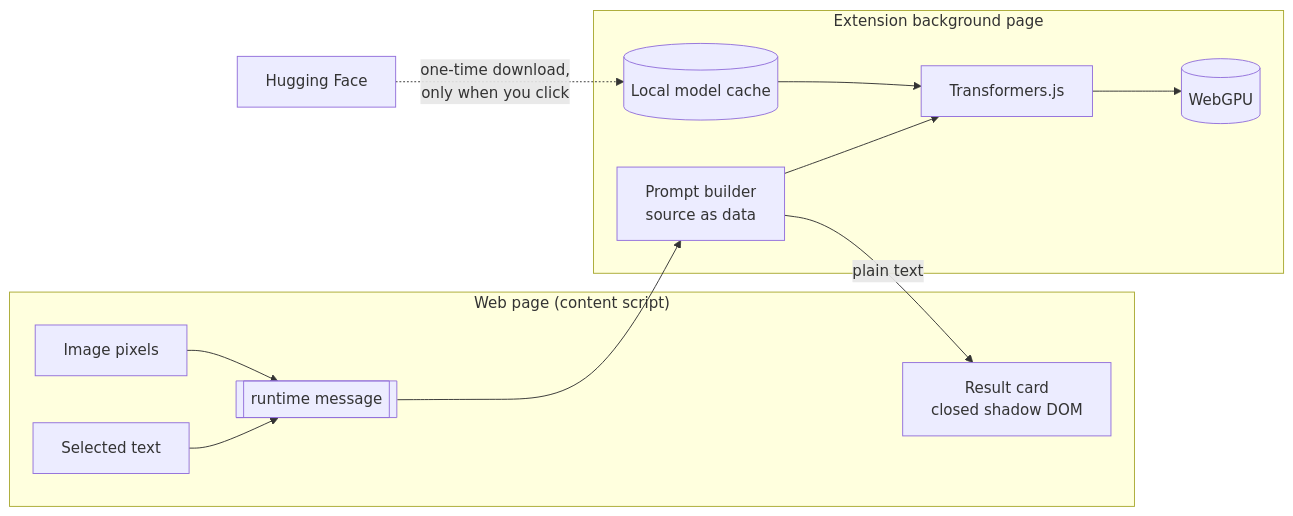
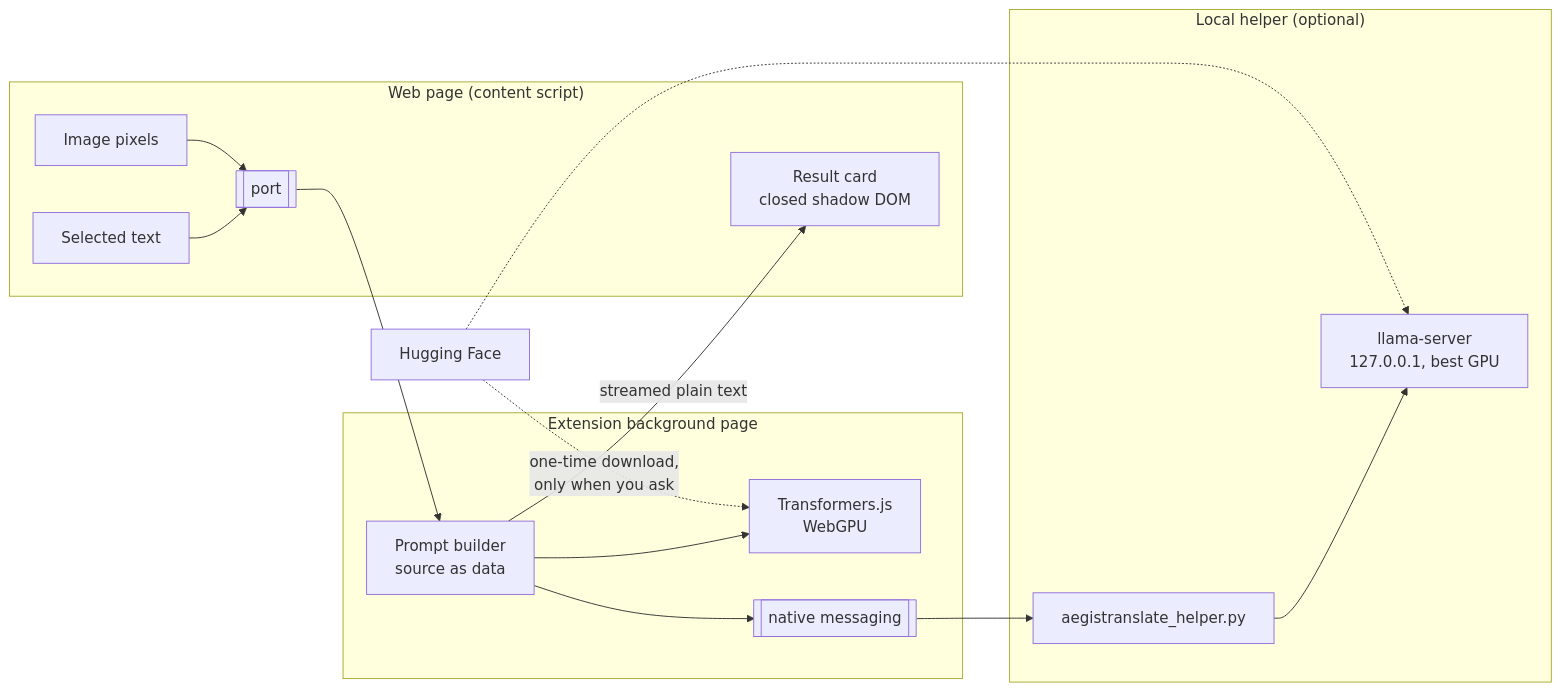
The diagram in README.md (Nexoniarz/AegisTranslate), drawn with Mermaid before and after one commit. The commit also changed other lines of this file and 30 other files, not shown here.

````diff
--- a/README.md
+++ b/README.md
@@ -91,16 +170,20 @@
 ```mermaid
 flowchart LR
   subgraph Page["Web page (content script)"]
-    S[Selected text] --> M
-    I[Image pixels] --> M
+    S[Selected text] --> P
+    I[Image pixels] --> P
     R[Result card<br/>closed shadow DOM]
   end
-  M[[runtime message]] --> B
+  P[[port]] --> B
   subgraph Ext["Extension background page"]
-    B[Prompt builder<br/>source as data] --> T[Transformers.js]
-    T --> G[(WebGPU)]
-    C[(Local model cache)] --> T
+    B[Prompt builder<br/>source as data] --> W[Transformers.js<br/>WebGPU]
+    B --> N[[native messaging]]
   end
-  B -- plain text --> R
-  HF[Hugging Face] -. "one-time download,<br/>only when you click" .-> C
+  N --> H
+  subgraph Helper["Local helper (optional)"]
+    H[aegistranslate_helper.py] --> L[llama-server<br/>127.0.0.1, best GPU]
+  end
+  B -- streamed plain text --> R
+  HF[Hugging Face] -. "one-time download,<br/>only when you ask" .-> W
+  HF -.-> L
 ```
````
